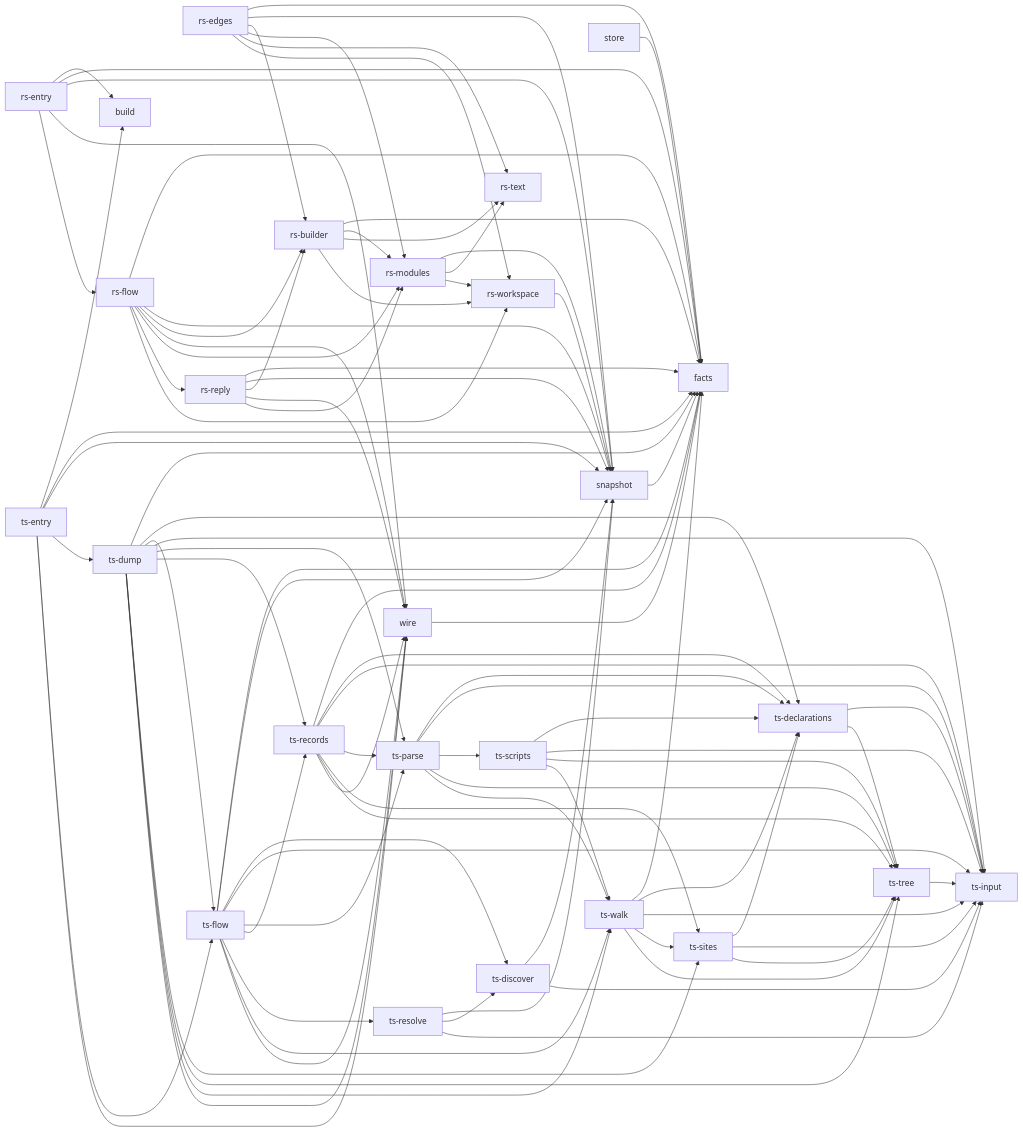
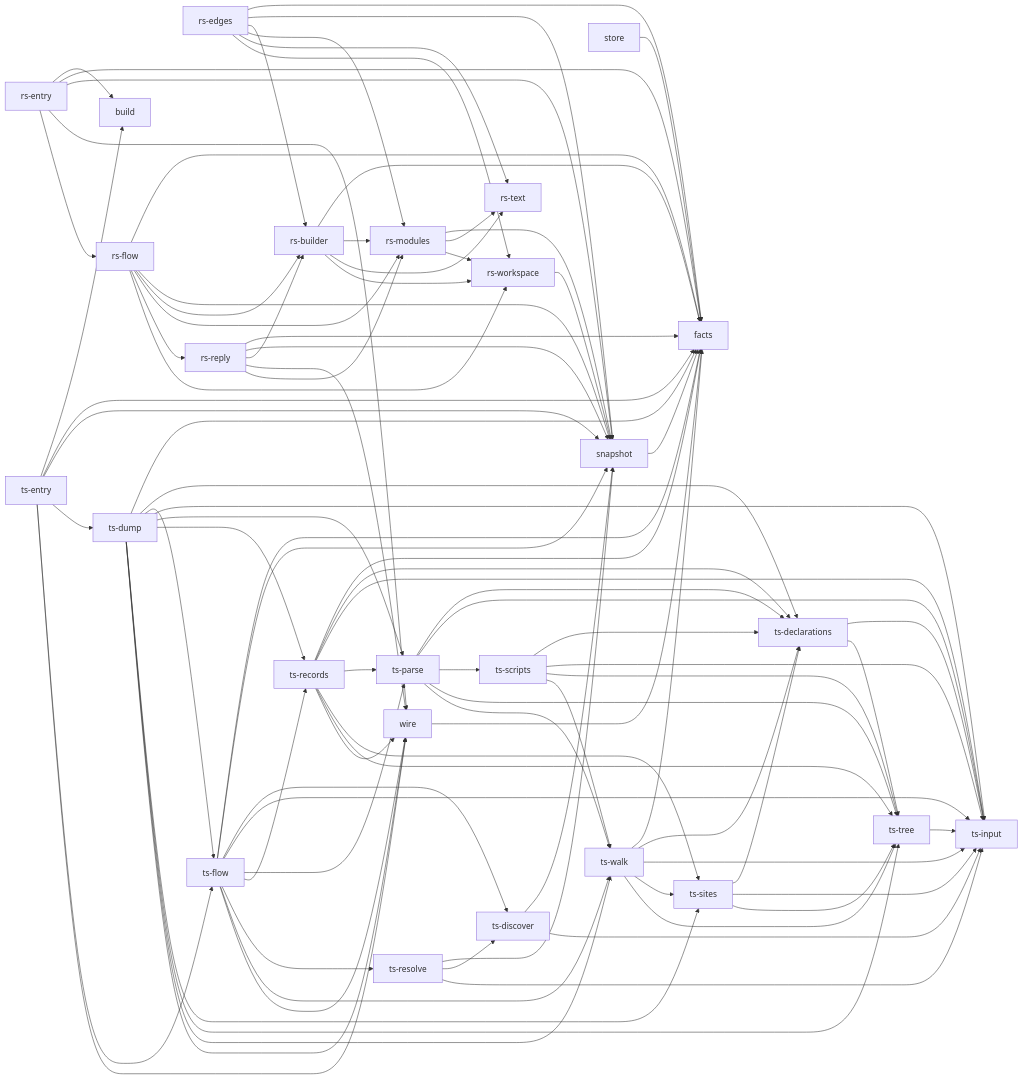
Before and after one commit to rapiddweller/archkeel: the diagram in docs/architecture/native.md, drawn with Mermaid. The commit also changed 29 other files, not shown here.

```diff
--- a/docs/architecture/native.md
+++ b/docs/architecture/native.md
@@ -134,7 +134,6 @@
     n_5 --> n_1
     n_5 --> n_10
     n_5 --> n_2
-    n_5 --> n_25
     n_5 --> n_6
     n_5 --> n_7
     n_5 --> n_9
```
